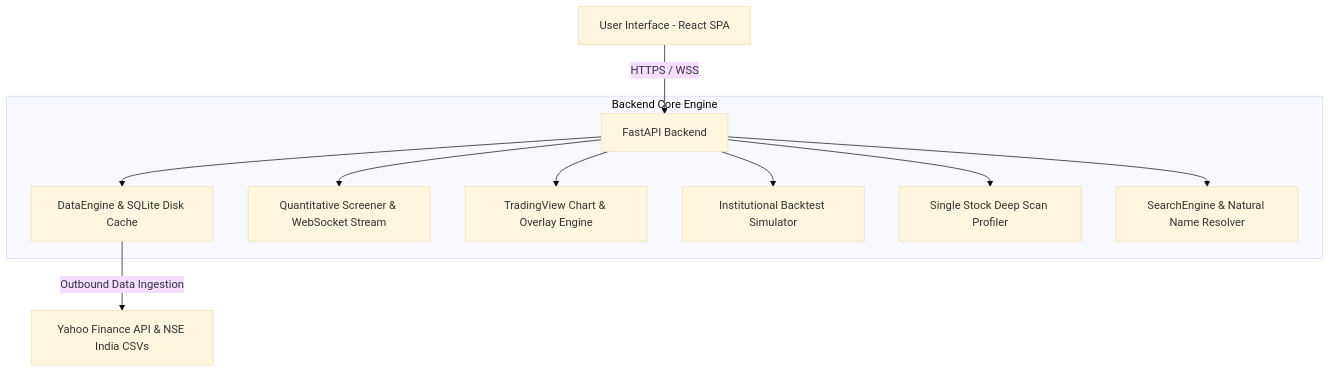
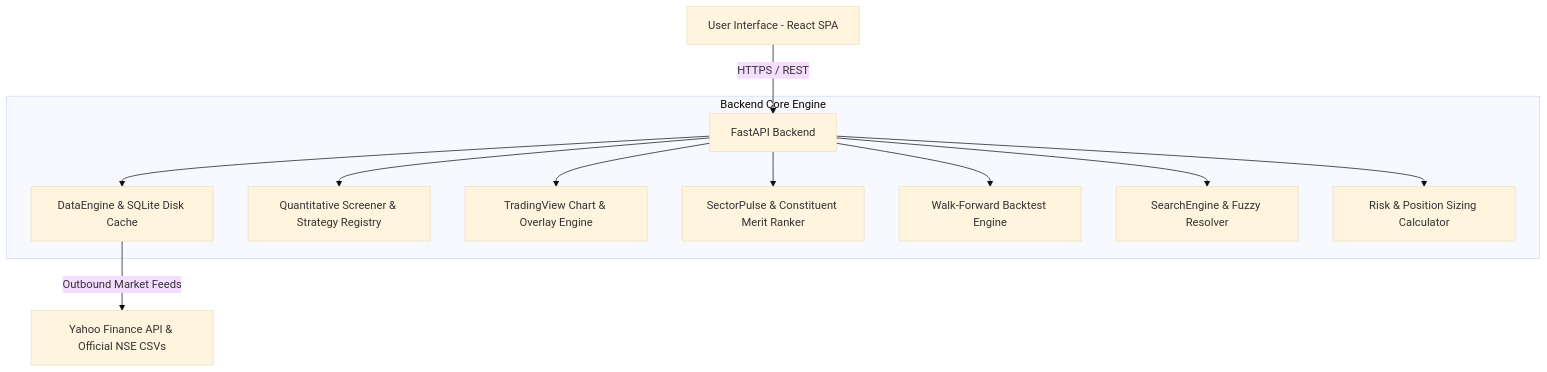
Before and after one commit to srathi/SwingTradeDeskPro: the diagram in README.md, drawn with Mermaid (base theme). The commit also changed other lines of this file, not shown here.

Commit message:
Docs: Update comprehensive README.md with 7 strategies, SectorPulse constituents, and platform architecture

````diff
--- a/README.md
+++ b/README.md
@@ -155,13 +104,14 @@
 ```mermaid
 graph TD
-    A[User Interface - React SPA] -->|HTTPS / WSS| B[FastAPI Backend]
+    A[User Interface - React SPA] -->|HTTPS / REST| B[FastAPI Backend]
     subgraph Backend Core Engine
         B --> C[DataEngine & SQLite Disk Cache]
-        B --> D[Quantitative Screener & WebSocket Stream]
+        B --> D[Quantitative Screener & Strategy Registry]
         B --> E[TradingView Chart & Overlay Engine]
-        B --> F[Institutional Backtest Simulator]
-        B --> G[Single Stock Deep Scan Profiler]
-        B --> H[SearchEngine & Natural Name Resolver]
+        B --> F[SectorPulse & Constituent Merit Ranker]
+        B --> G[Walk-Forward Backtest Engine]
+        B --> H[SearchEngine & Fuzzy Resolver]
+        B --> I[Risk & Position Sizing Calculator]
     end
-    C -->|Outbound Data Ingestion| I[Yahoo Finance API & NSE India CSVs]
+    C -->|Outbound Market Feeds| J[Yahoo Finance API & Official NSE CSVs]
 ```
````
